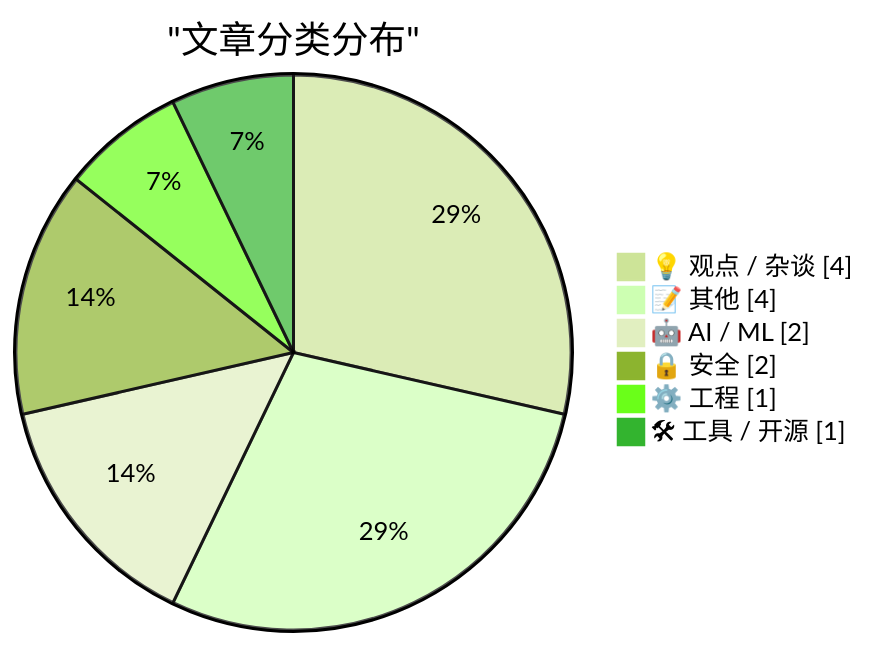
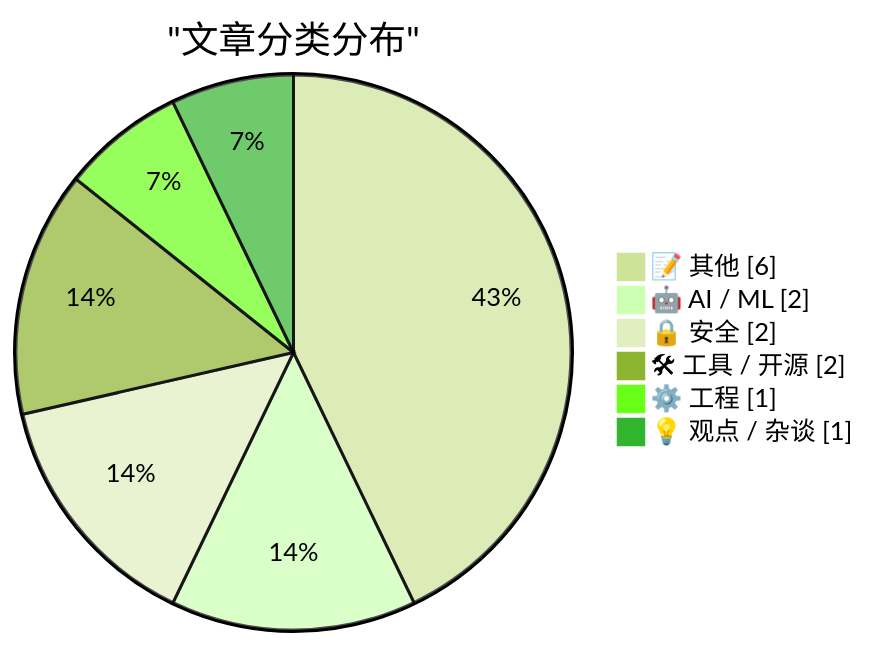
The first of 2 diagrams in digest-20260301.md (gitmeus/daily-reports), drawn with Mermaid (forest theme) before and after one commit. The commit also changed other lines of this file, not shown here.

````diff
--- a/digest-20260301.md
+++ b/digest-20260301.md
@@ -53,10 +53,10 @@
 ```mermaid
 pie showData
     title "文章分类分布"
-    "💡 观点 / 杂谈" : 4
-    "📝 其他" : 4
+    "📝 其他" : 6
     "🤖 AI / ML" : 2
     "🔒 安全" : 2
+    "🛠 工具 / 开源" : 2
     "⚙️ 工程" : 1
-    "🛠 工具 / 开源" : 1
+    "💡 观点 / 杂谈" : 1
 ```
````
